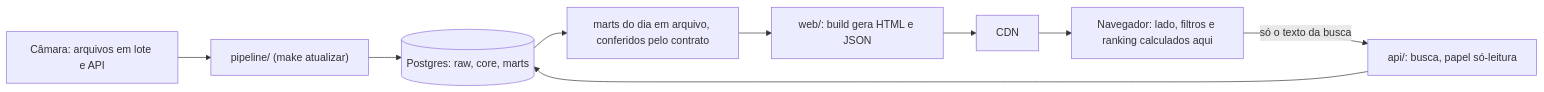
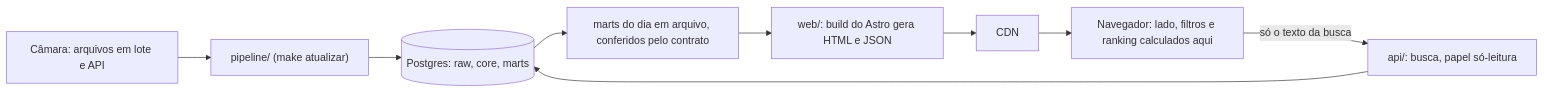
The diagram in docs/arquitetura/mapa.md (eduardocanova23/quem-esta-do-seu-lado), drawn with Mermaid before and after one commit. The commit also changed other lines of this file and 5 other files, not shown here.

````diff
--- a/docs/arquitetura/mapa.md
+++ b/docs/arquitetura/mapa.md
@@ -7,11 +7,11 @@
 ```mermaid
 flowchart LR
   camara[Câmara: arquivos em lote e API] --> pipeline["pipeline/ (make atualizar)"]
   pipeline --> pg[(Postgres: raw, core, marts)]
   pg --> export[marts do dia em arquivo, conferidos pelo contrato]
-  export --> build["web/: build gera HTML e JSON"]
+  export --> build["web/: build do Astro gera HTML e JSON"]
   build --> cdn[CDN]
   cdn --> nav[Navegador: lado, filtros e ranking calculados aqui]
   nav -- só o texto da busca --> api["api/: busca, papel só-leitura"]
   api --> pg
 ```
````
